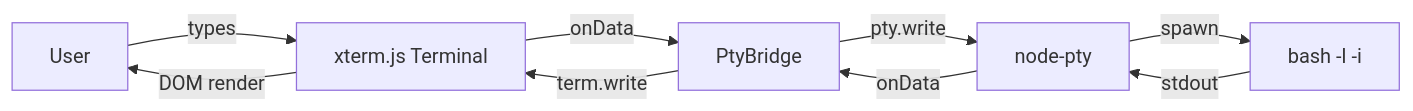
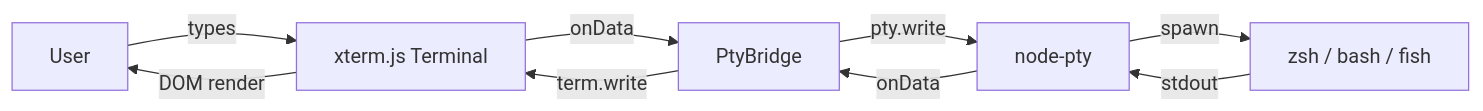
Before and after one commit to unltd/minimalist-terminal: the diagram in README.md, drawn with Mermaid. The commit also changed other lines of this file and 1 other file, not shown here.

````diff
--- a/README.md
+++ b/README.md
@@ -82,11 +86,11 @@
 ```mermaid
 graph LR
     A[User] -->|types| B[xterm.js Terminal]
     B -->|onData| C[PtyBridge]
     C -->|pty.write| D[node-pty]
-    D -->|spawn| E[bash -l -i]
+    D -->|spawn| E[zsh / bash / fish]
     E -->|stdout| D
     D -->|onData| C
     C -->|term.write| B
     B -->|DOM render| A
 ```
````
